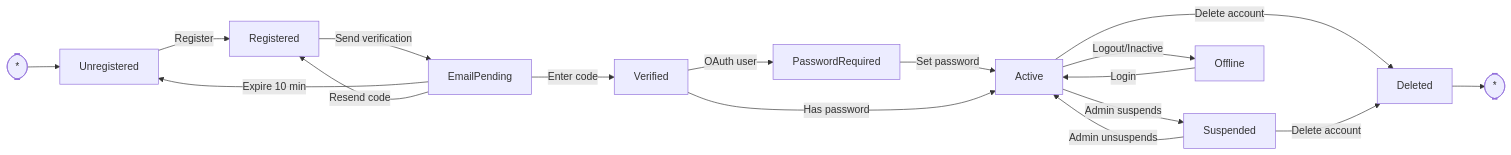
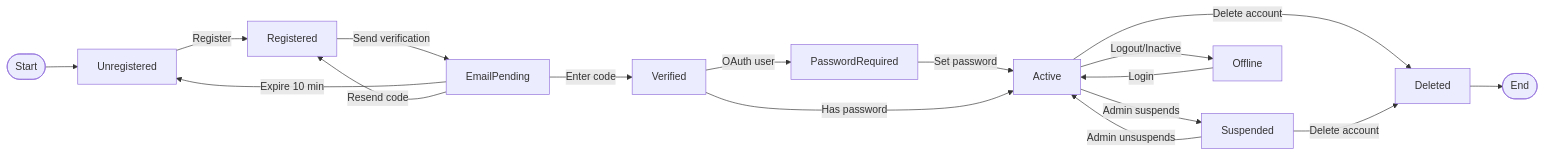
Diagram 17 of 29 in UML.md (vd120/laravel_project), drawn with Mermaid before and after one commit. The commit also changed other lines of this file, not shown here.

````diff
--- a/UML.md
+++ b/UML.md
@@ -1079,19 +1066,19 @@
 ```mermaid
 flowchart LR
-    Start([*]) --> Unregistered
-    Unregistered -->|Register| Registered
-    Registered -->|Send verification| EmailPending
-    EmailPending -->|Enter code| Verified
-    EmailPending -->|Expire 10 min| Unregistered
-    EmailPending -->|Resend code| Registered
-    Verified -->|OAuth user| PasswordRequired
-    PasswordRequired -->|Set password| Active
-    Verified -->|Has password| Active
-    Active -->|Admin suspends| Suspended
-    Suspended -->|Admin unsuspends| Active
-    Active -->|Logout/Inactive| Offline
-    Offline -->|Login| Active
-    Active -->|Delete account| Deleted
-    Suspended -->|Delete account| Deleted
-    Deleted --> End([*])
+    A([Start]) --> B[Unregistered]
+    B -->|Register| C[Registered]
+    C -->|Send verification| D[EmailPending]
+    D -->|Enter code| E[Verified]
+    D -->|Expire 10 min| B
+    D -->|Resend code| C
+    E -->|OAuth user| F[PasswordRequired]
+    F -->|Set password| G[Active]
+    E -->|Has password| G
+    G -->|Admin suspends| H[Suspended]
+    H -->|Admin unsuspends| G
+    G -->|Logout/Inactive| I[Offline]
+    I -->|Login| G
+    G -->|Delete account| J[Deleted]
+    H -->|Delete account| J
+    J --> K([End])
 ```
````
